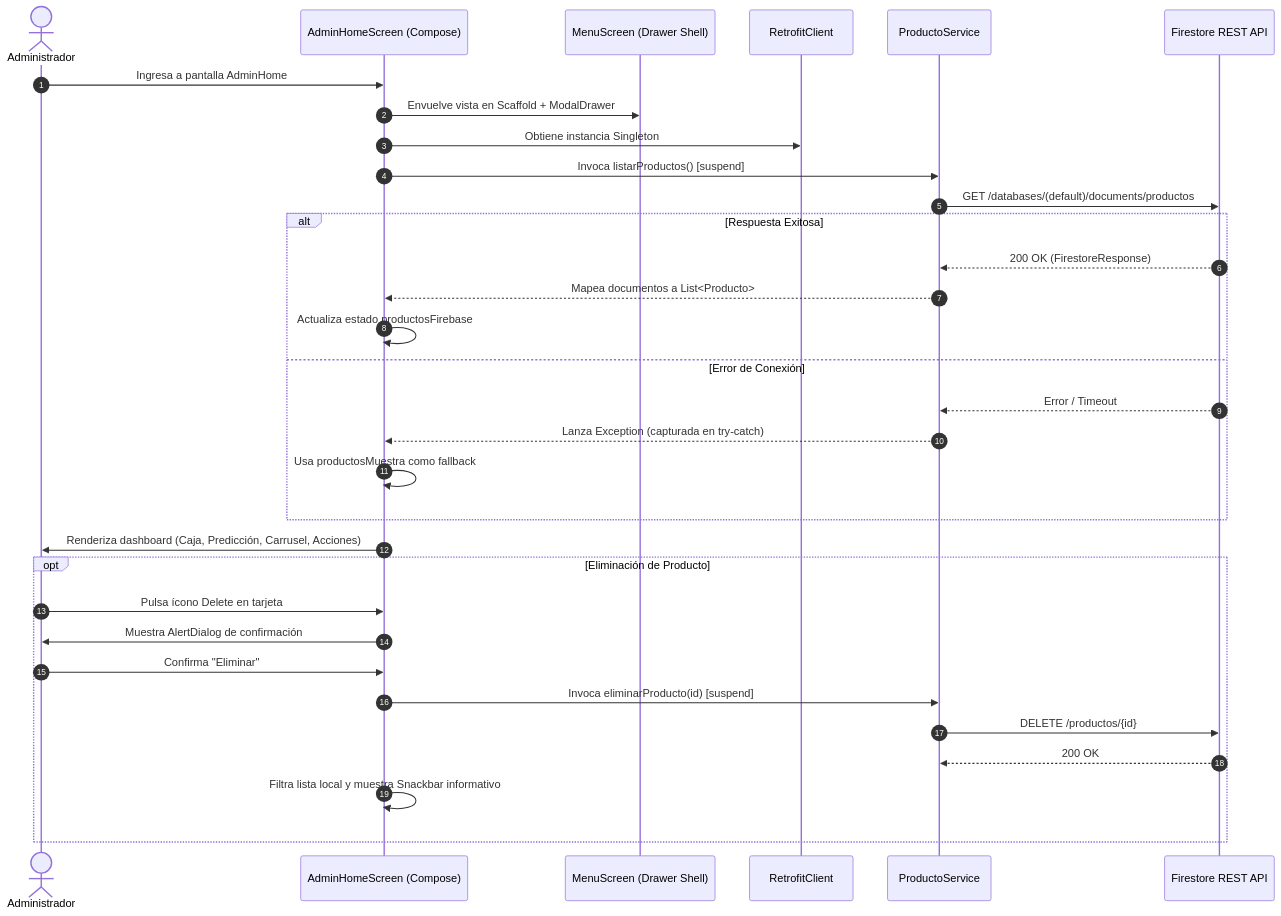
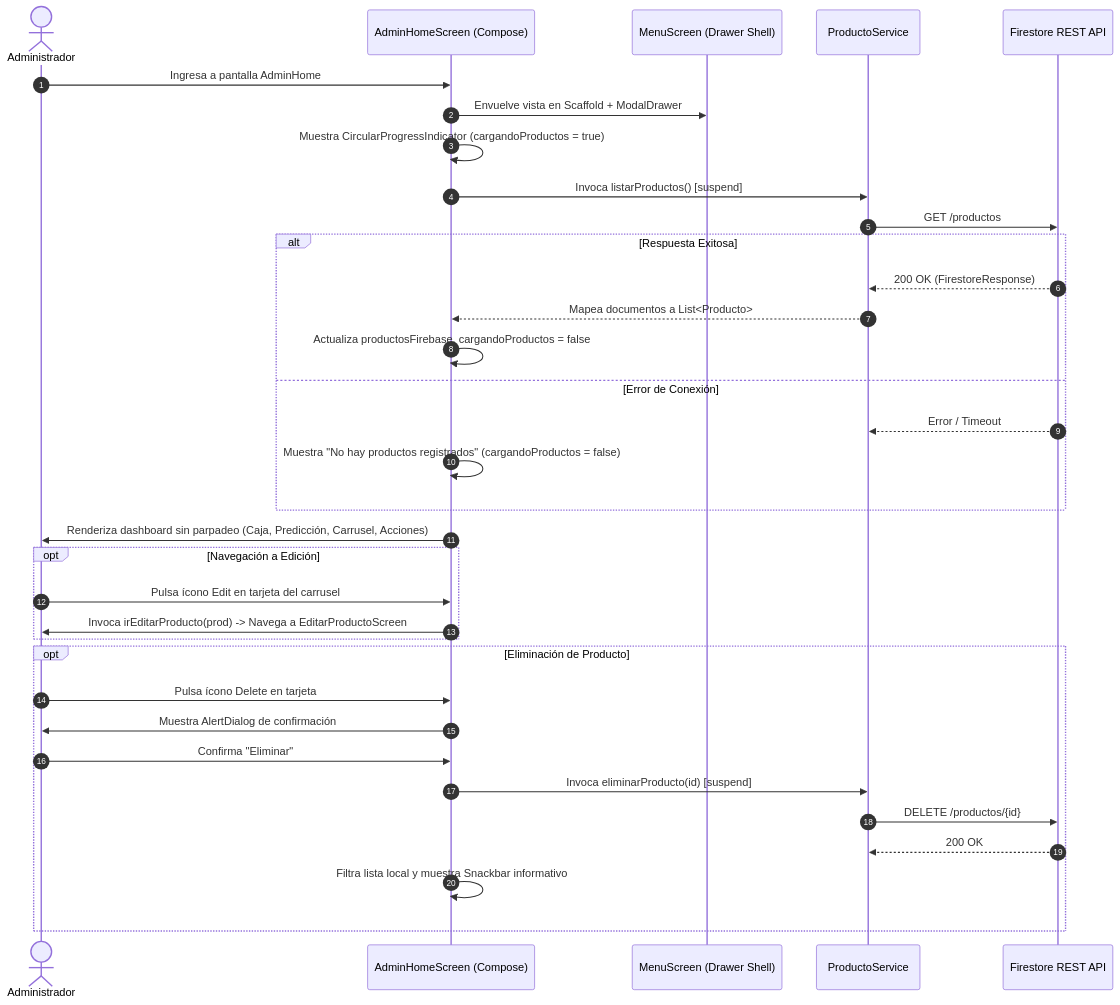
One commit to Fabricio151205/AppMovil_VapeOn changed the second of 2 diagrams in doc/specs/admin_home_spec.md. Above: the diagram before and after it, drawn with Mermaid. The commit also changed other lines of this file and 9 other files, not shown here.

````diff
--- a/doc/specs/admin_home_spec.md
+++ b/doc/specs/admin_home_spec.md
@@ -84,36 +79,39 @@
 ```mermaid
 sequenceDiagram
     autonumber
     actor Admin as Administrador
     participant UI as AdminHomeScreen (Compose)
     participant Menu as MenuScreen (Drawer Shell)
-    participant Retrofit as RetrofitClient
     participant Service as ProductoService
     participant Firestore as Firestore REST API
 
     Admin->>UI: Ingresa a pantalla AdminHome
     UI->>Menu: Envuelve vista en Scaffold + ModalDrawer
-    UI->>Retrofit: Obtiene instancia Singleton
+    UI->>UI: Muestra CircularProgressIndicator (cargandoProductos = true)
     UI->>Service: Invoca listarProductos() [suspend]
-    Service->>Firestore: GET /databases/(default)/documents/productos
+    Service->>Firestore: GET /productos
     alt Respuesta Exitosa
         Firestore-->>Service: 200 OK (FirestoreResponse)
         Service-->>UI: Mapea documentos a List<Producto>
-        UI->>UI: Actualiza estado productosFirebase
+        UI->>UI: Actualiza productosFirebase, cargandoProductos = false
     else Error de Conexión
         Firestore-->>Service: Error / Timeout
-        Service-->>UI: Lanza Exception (capturada en try-catch)
-        UI->>UI: Usa productosMuestra como fallback
+        UI->>UI: Muestra "No hay productos registrados" (cargandoProductos = false)
     end
-    UI->>Admin: Renderiza dashboard (Caja, Predicción, Carrusel, Acciones)
+    UI->>Admin: Renderiza dashboard sin parpadeo (Caja, Predicción, Carrusel, Acciones)
+
+    opt Navegación a Edición
+        Admin->>UI: Pulsa ícono Edit en tarjeta del carrusel
+        UI->>Admin: Invoca irEditarProducto(prod) -> Navega a EditarProductoScreen
+    end
 
     opt Eliminación de Producto
         Admin->>UI: Pulsa ícono Delete en tarjeta
         UI->>Admin: Muestra AlertDialog de confirmación
         Admin->>UI: Confirma "Eliminar"
         UI->>Service: Invoca eliminarProducto(id) [suspend]
         Service->>Firestore: DELETE /productos/{id}
         Firestore-->>Service: 200 OK
         UI->>UI: Filtra lista local y muestra Snackbar informativo
     end
 ```
````
